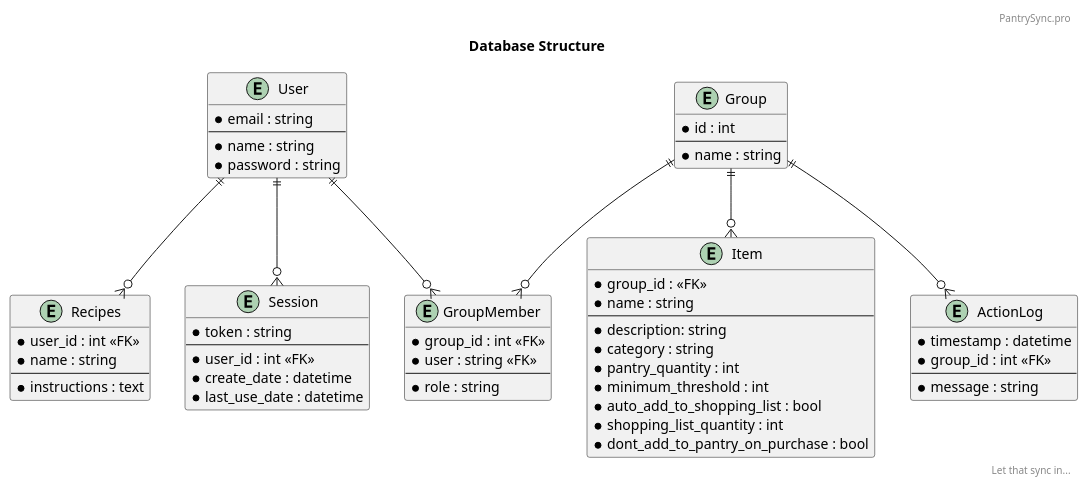
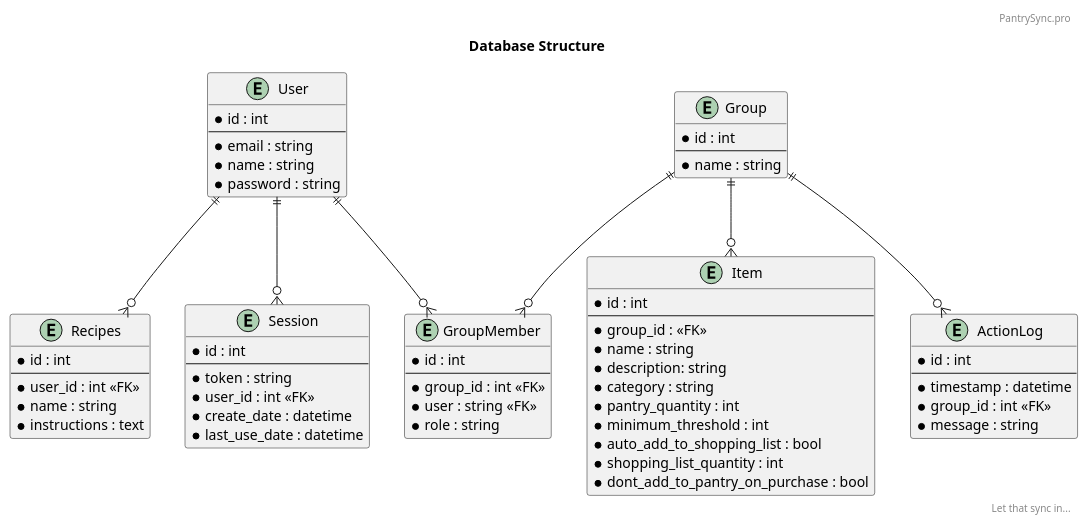
Before and after one commit to kyutc/RestockApi: the diagram in docs/database.puml, drawn with PlantUML. The commit also changed 7 other files, not shown here.

Commit message:
Update schema, add missing methods

```diff
--- a/docs/database.puml
+++ b/docs/database.puml
@@ -1,72 +1,78 @@
 @startuml Pantry Manager Classes
 
 header PantrySync.pro
 right footer Let that sync in...
 title Database Structure
 
     entity User {
+        *id : int
+        --
         *email : string
-        --
         *name : string
         *password : string
     }
 
     entity Group {
         *id : int
         --
         *name : string
     }
 
     entity GroupMember {
+        *id : int
+        --
         *group_id : int <<FK>>
         *user : string <<FK>>
-        --
         *role : string
     }
 
     entity Recipes {
+        *id : int
+        --
         *user_id : int <<FK>>
         *name : string
-        --
         /' Including ingredients here for the purpose of identifying possible recipes for given ingredients would
            require a more advanced structure.
         '/
         *instructions : text
     }
 
-     entity Item {
-         *group_id : <<FK>>
-         *name : string
-         --
-         *description: string
-         *category : string
-         *pantry_quantity : int
-         *minimum_threshold : int
-         *auto_add_to_shopping_list : bool
-         *shopping_list_quantity : int
-         *dont_add_to_pantry_on_purchase : bool
+    entity Item {
+        *id : int
+        --
+        *group_id : <<FK>>
+        *name : string
+        *description: string
+        *category : string
+        *pantry_quantity : int
+        *minimum_threshold : int
+        *auto_add_to_shopping_list : bool
+        *shopping_list_quantity : int
+        *dont_add_to_pantry_on_purchase : bool
      }
 
     entity ActionLog {
+        *id : int
+        --
         *timestamp : datetime
         *group_id : int <<FK>>
-        --
         *message : string
     }
 
     entity Session {
+        *id : int
+        --
         *token : string
-        --
         *user_id : int <<FK>>
         *create_date : datetime
         *last_use_date : datetime
     }
 
     User  ||--o{ GroupMember
     User  ||--o{ Recipes
     User  ||--o{ Session
     Group ||--o{ ActionLog
     Group ||--o{ GroupMember
     Group ||--o{ Item
 
 @enduml
```
